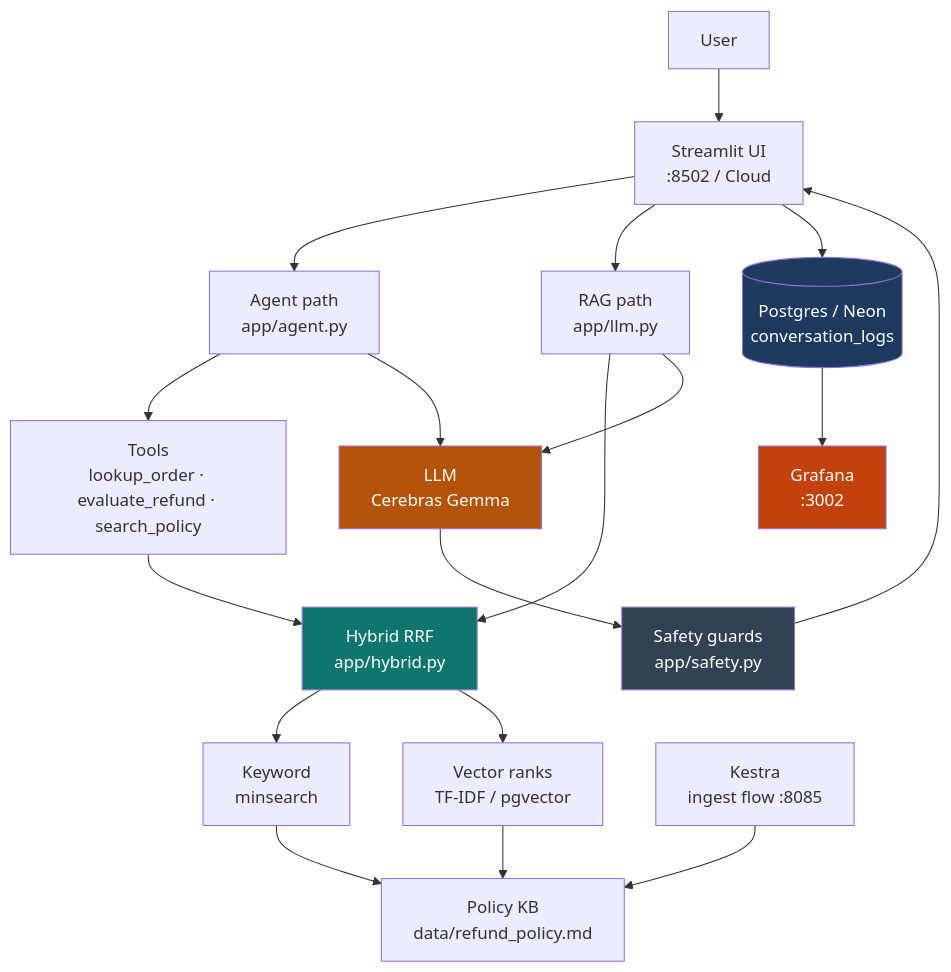
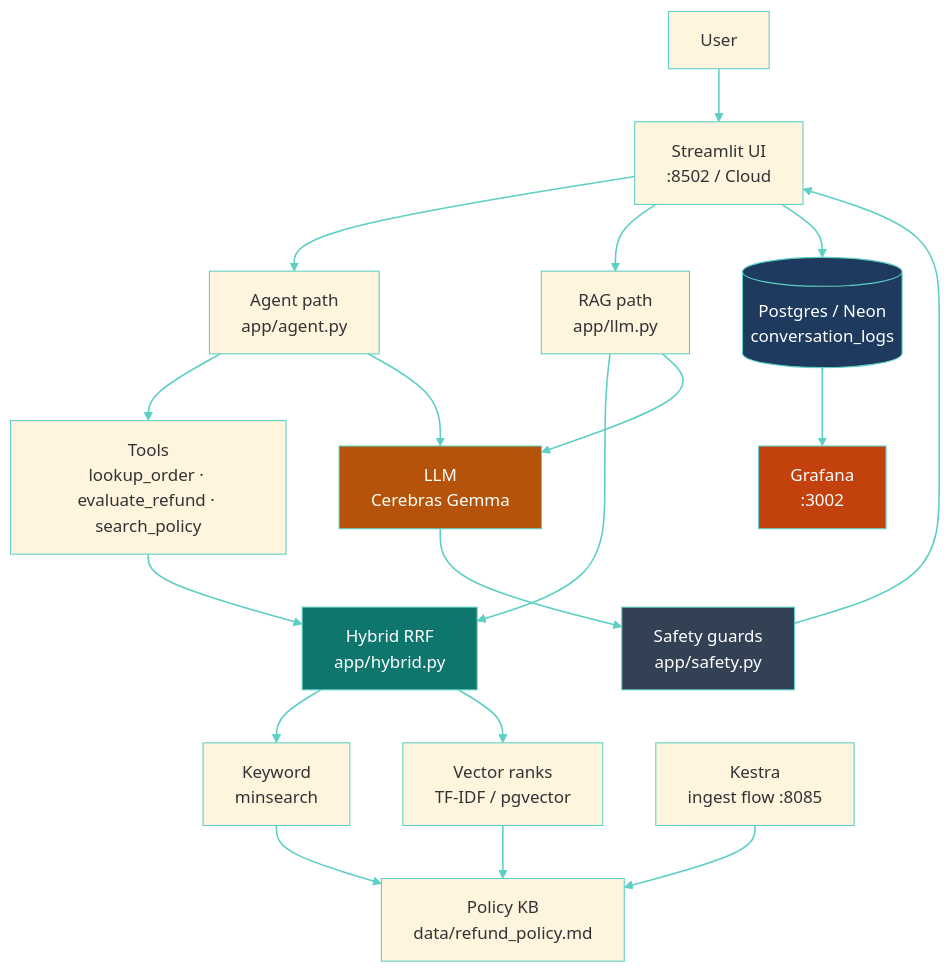
Before and after one commit to zakard114/policy-refund-agent: the diagram in README.md, drawn with Mermaid.

Commit message:
Tint Mermaid architecture edges soft teal.

````diff
--- a/README.md
+++ b/README.md
@@ -148,41 +148,44 @@
 ```mermaid
+%%{init: {"theme":"base","themeVariables":{"lineColor":"#5ecfc4","primaryBorderColor":"#5ecfc4"}}}%%
 flowchart TD
     User["User"]
     ST["Streamlit UI<br/>:8502 / Cloud"]
     Agent["Agent path<br/>app/agent.py"]
     RAG["RAG path<br/>app/llm.py"]
     Tools["Tools<br/>lookup_order · evaluate_refund · search_policy"]
     Hybrid["Hybrid RRF<br/>app/hybrid.py"]
     KW["Keyword<br/>minsearch"]
     Vec["Vector ranks<br/>TF-IDF / pgvector"]
     Policy["Policy KB<br/>data/refund_policy.md"]
     LLM["LLM<br/>Cerebras Gemma"]
     Safety["Safety guards<br/>app/safety.py"]
     PG[("Postgres / Neon<br/>conversation_logs")]
     GF["Grafana<br/>:3002"]
     Kestra["Kestra<br/>ingest flow :8085"]
 
     User --> ST
     ST --> Agent
     ST --> RAG
     Agent --> Tools
     Tools --> Hybrid
     RAG --> Hybrid
     Hybrid --> KW
     Hybrid --> Vec
     KW --> Policy
     Vec --> Policy
     Agent --> LLM
     RAG --> LLM
     LLM --> Safety
     Safety --> ST
     ST --> PG
     PG --> GF
     Kestra --> Policy
 
+    linkStyle default stroke:#5ecfc4,stroke-width:1.5px
+
     style Hybrid fill:#0f766e,color:#fff
     style LLM fill:#b45309,color:#fff
     style PG fill:#1e3a5f,color:#fff
     style GF fill:#c2410c,color:#fff
     style Safety fill:#334155,color:#fff
 ```
````
